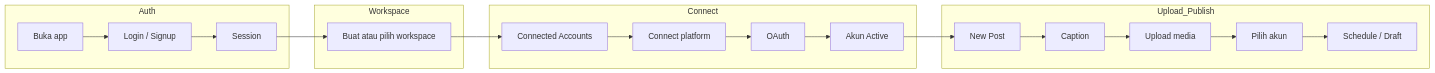
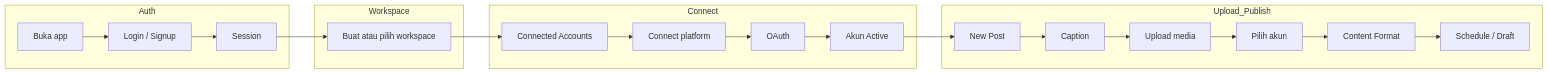
The second of 3 diagrams in TEMP-user-flow-open-to-upload.md (reziSaktiva/social-media-management), drawn with Mermaid before and after one commit. The commit also changed other lines of this file, not shown here.

First line of the commit message:
docs: align TEMP open-to-upload flow with ADR-039

````diff
--- a/TEMP-user-flow-open-to-upload.md
+++ b/TEMP-user-flow-open-to-upload.md
@@ -55,18 +56,18 @@
 ```mermaid
 flowchart LR
   subgraph Auth
     A1[Buka app] --> A2[Login / Signup] --> A3[Session]
   end
 
   subgraph Workspace
     A3 --> W1[Buat atau pilih workspace]
   end
 
   subgraph Connect
     W1 --> C1[Connected Accounts] --> C2[Connect platform] --> C3[OAuth] --> C4[Akun Active]
   end
 
   subgraph Upload_Publish
-    C4 --> P1[New Post] --> P2[Caption] --> P3[Upload media] --> P4[Pilih akun] --> P5[Schedule / Draft]
+    C4 --> P1[New Post] --> P2[Caption] --> P3[Upload media] --> P4[Pilih akun] --> P4b[Content Format] --> P5[Schedule / Draft]
   end
 ```
````
